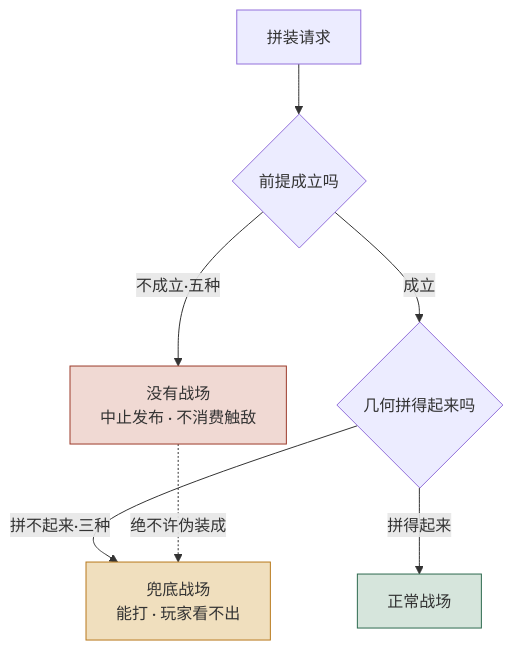
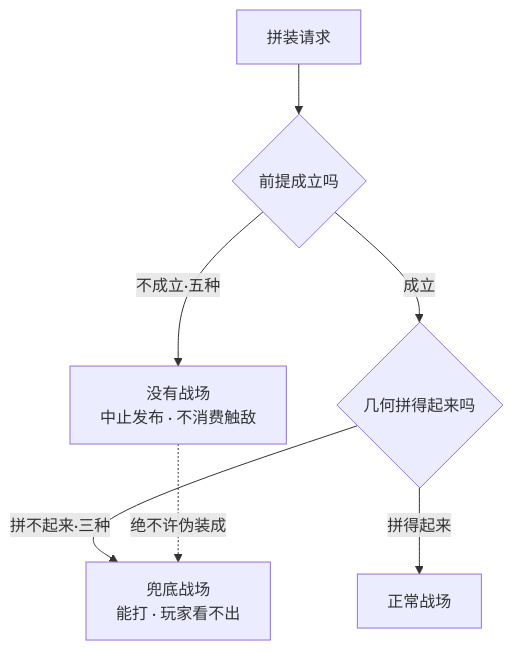
One commit to g4berolo/XGameHarness changed the first of 3 diagrams in plugins/game-studio-core/docs/diagrams-example.md. Above: the diagram before and after it, drawn with Mermaid. The commit also changed other lines of this file and 4 other files, not shown here.

First line of the commit message:
docs(diagrams): spatial illustrations in ```svg, and every diagram names its colours instead of writing them

````diff
--- a/plugins/game-studio-core/docs/diagrams-example.md
+++ b/plugins/game-studio-core/docs/diagrams-example.md
@@ -29,12 +29,12 @@
 ```mermaid
 flowchart TD
     A[拼装请求] --> B{前提成立吗}
     B -->|不成立·五种| E["没有战场<br/>中止发布 · 不消费触敌"]
     B -->|成立| C{几何拼得起来吗}
     C -->|拼得起来| D[正常战场]
     C -->|拼不起来·三种| F["兜底战场<br/>能打 · 玩家看不出"]
     E -.绝不许伪装成.-> F
-    style D fill:#d6e5dc,stroke:#2d6a4f
-    style F fill:#f0dfbe,stroke:#b8791c
-    style E fill:#f0d9d3,stroke:#9c3b2b
+    class D ok
+    class F warn
+    class E no
 ```
````
